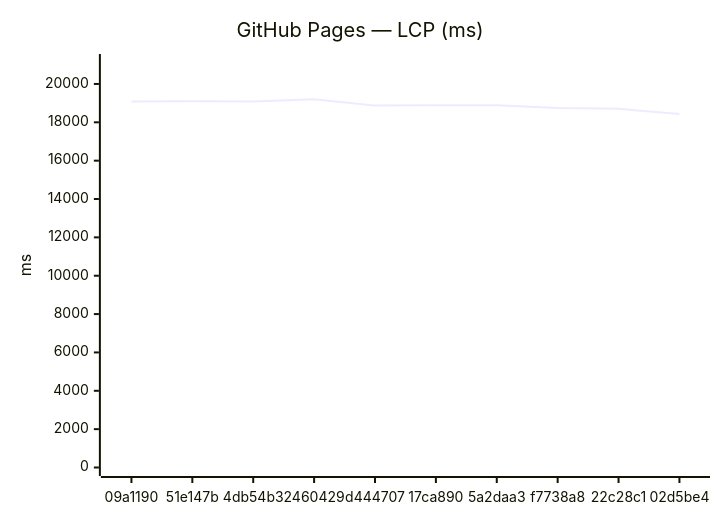
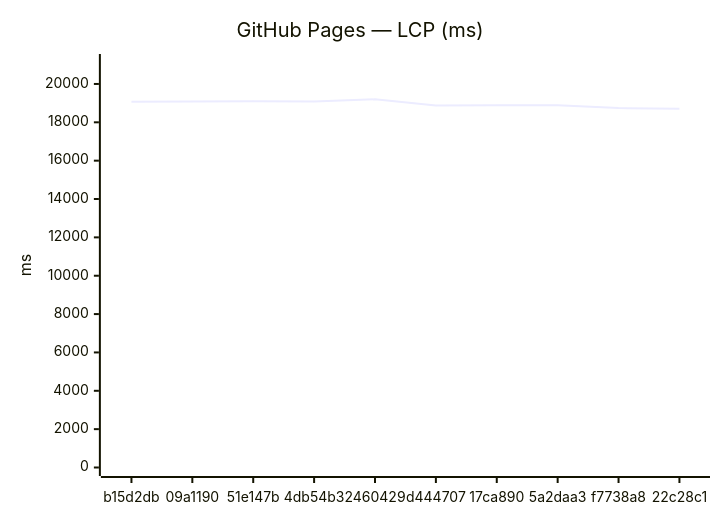
One commit to Metaheurist/Rianell changed the third of 18 diagrams in benchmarks/compare.md. Above: the diagram before and after it, drawn with Mermaid. The commit also changed other lines of this file and 11 other files, not shown here.

````diff
--- a/benchmarks/compare.md
+++ b/benchmarks/compare.md
@@ -54,7 +54,7 @@
 ```mermaid
 xychart-beta
     title "GitHub Pages — LCP (ms)"
-    x-axis ["09a1190", "51e147b", "4db54b3", "2460429", "d444707", "17ca890", "5a2daa3", "f7738a8", "22c28c1", "02d5be4"]
+    x-axis ["b15d2db", "09a1190", "51e147b", "4db54b3", "2460429", "d444707", "17ca890", "5a2daa3", "f7738a8", "22c28c1"]
     y-axis "ms" 0 --> 21119
-    line [19086, 19101, 19086, 19199, 18871, 18888, 18892, 18741, 18704, 18438]
+    line [19077, 19086, 19101, 19086, 19199, 18871, 18888, 18892, 18741, 18704]
 ```
````
